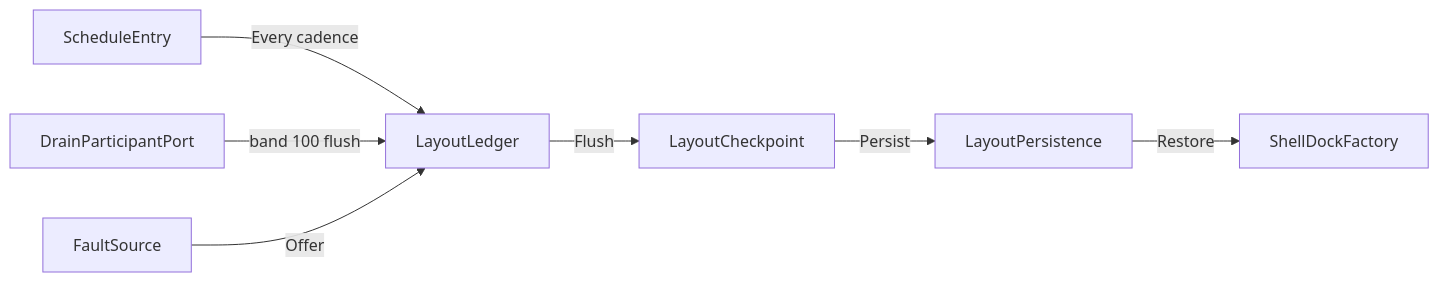
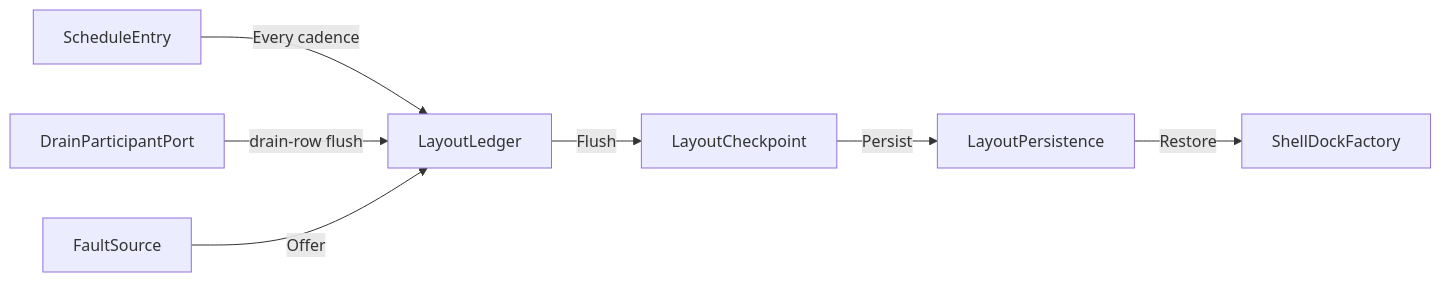
One commit to bsamiee/Rasm changed the diagram in libs/csharp/Rasm.AppUi/.planning/Shell/navigation.md. Above: the diagram before and after it, drawn with Mermaid. The commit also changed other lines of this file and 43 other files, not shown here.

````diff
--- a/libs/csharp/Rasm.AppUi/.planning/Shell/navigation.md
+++ b/libs/csharp/Rasm.AppUi/.planning/Shell/navigation.md
@@ -253,9 +285,9 @@
 ```mermaid
 flowchart LR
     ScheduleEntry -->|"Every cadence"| LayoutLedger
-    DrainParticipantPort -->|"band 100 flush"| LayoutLedger
+    DrainParticipantPort -->|"drain-row flush"| LayoutLedger
     FaultSource -->|"Offer"| LayoutLedger
     LayoutLedger -->|"Flush"| LayoutCheckpoint
     LayoutCheckpoint -->|"Persist"| LayoutPersistence
     LayoutPersistence -->|"Restore"| ShellDockFactory
 ```
````
